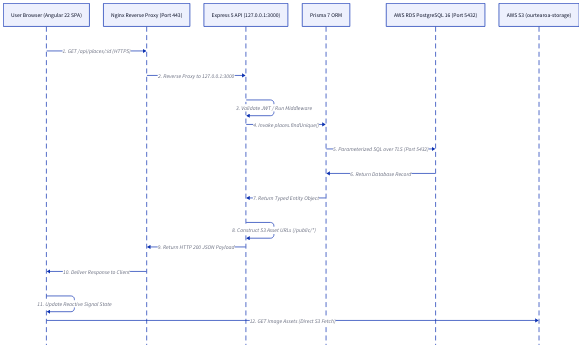
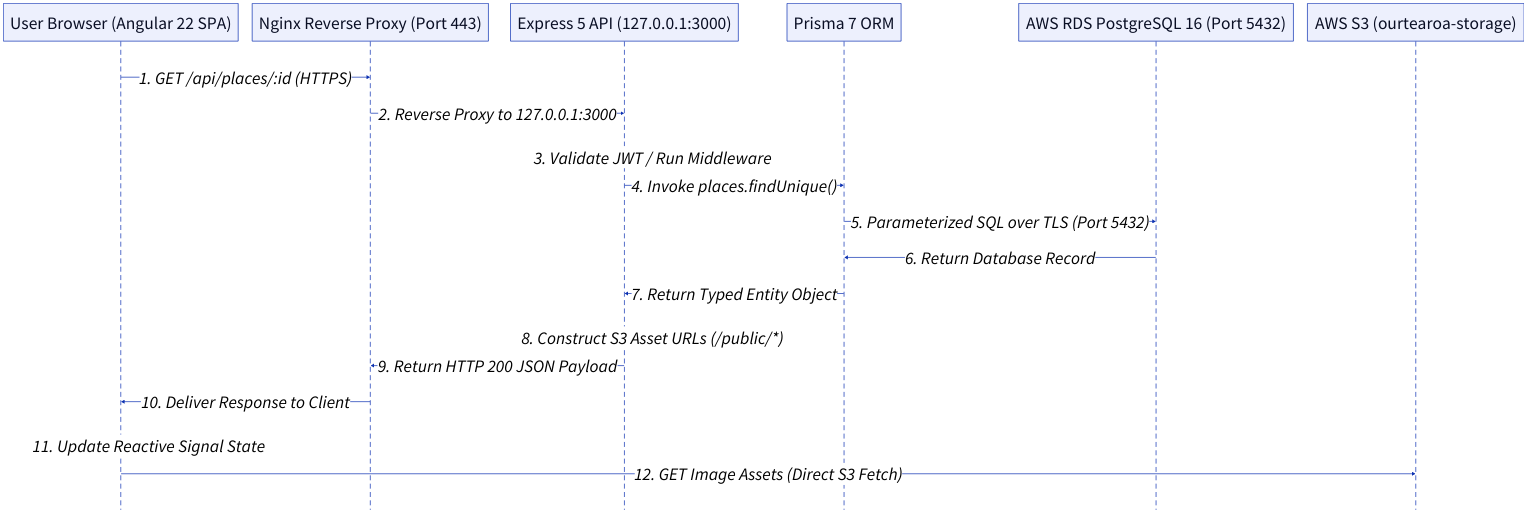
Before and after one commit to bundgaard1/OurTearoa: the diagram in docs/report/diagrams/stepbystep.d2, drawn with D2. The commit also changed 9 other files, not shown here.

Commit message:
Diagram font size changes

```diff
--- a/docs/report/diagrams/stepbystep.d2
+++ b/docs/report/diagrams/stepbystep.d2
@@ -1,21 +1,25 @@
 shape: sequence_diagram
+
+**.style.font-size: 50
+(** -> **)[*].style.font-size: 50
+(** -> **)[*].style.font-color: black
 
 browser: User Browser (Angular 22 SPA)
 nginx: Nginx Reverse Proxy (Port 443)
 express: Express 5 API (127.0.0.1:3000)
 prisma: Prisma 7 ORM
 rds: AWS RDS PostgreSQL 16 (Port 5432)
 s3: AWS S3 (ourtearoa-storage)
 
 browser -> nginx: "1. GET /api/places/:id (HTTPS)"
 nginx -> express: "2. Reverse Proxy to 127.0.0.1:3000"
 express -> express: "3. Validate JWT / Run Middleware"
 express -> prisma: "4. Invoke places.findUnique()"
 prisma -> rds: "5. Parameterized SQL over TLS (Port 5432)"
 rds -> prisma: "6. Return Database Record"
 prisma -> express: "7. Return Typed Entity Object"
 express -> express: "8. Construct S3 Asset URLs (/public/*)"
 express -> nginx: "9. Return HTTP 200 JSON Payload"
 nginx -> browser: "10. Deliver Response to Client"
 browser -> browser: "11. Update Reactive Signal State"
 browser -> s3: "12. GET Image Assets (Direct S3 Fetch)"
```
